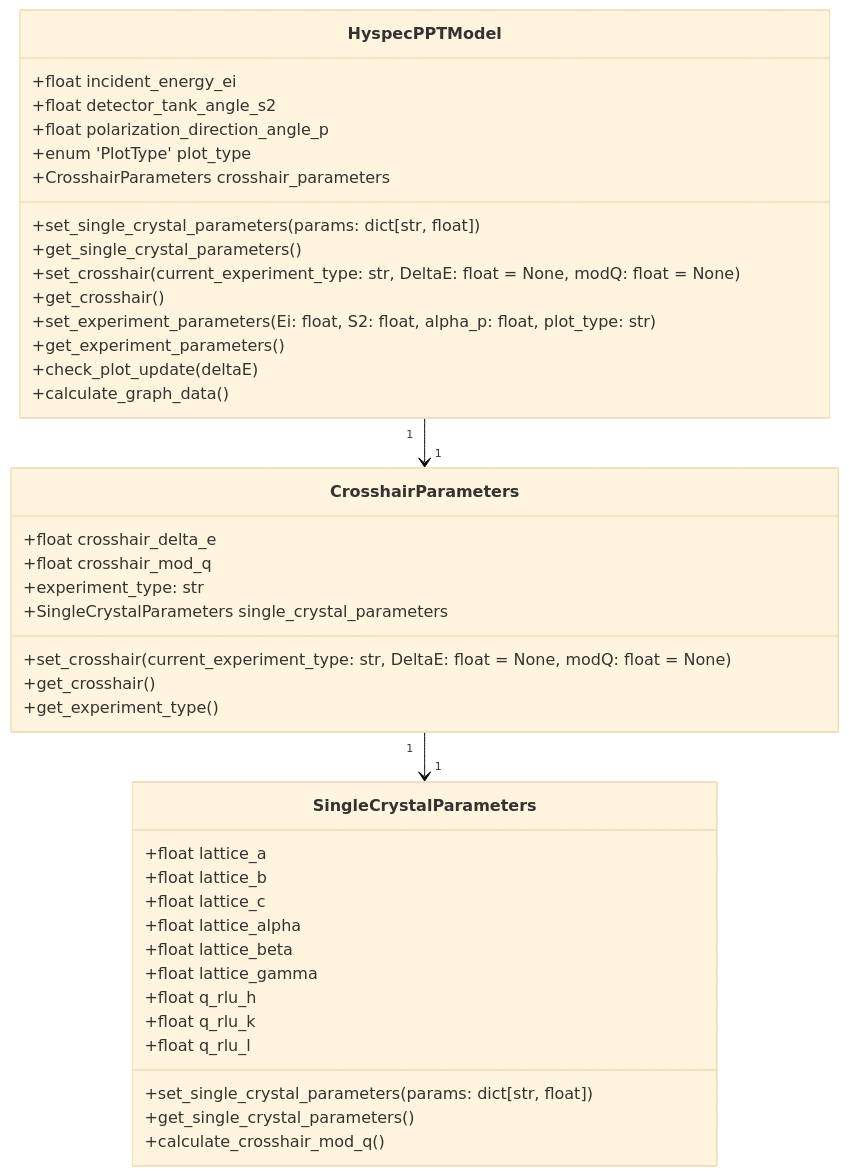
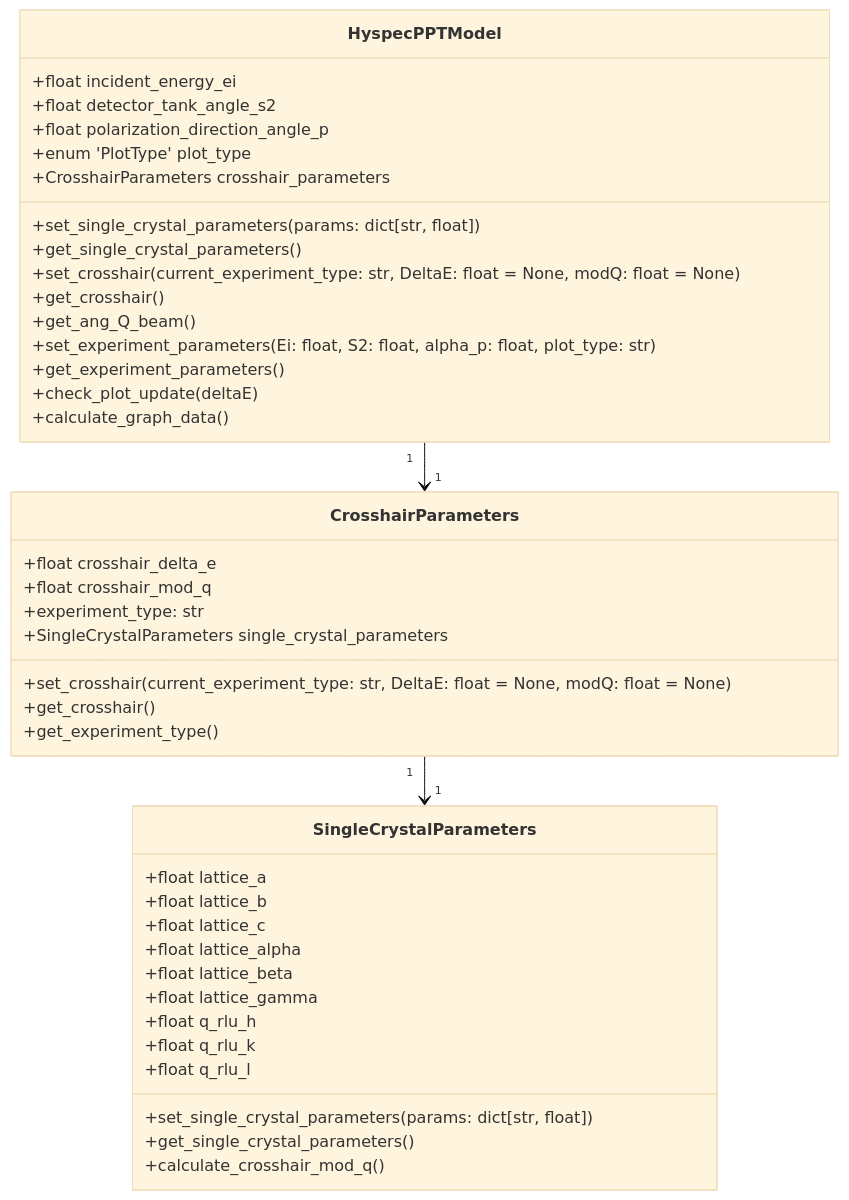
One commit to neutrons/hyspecppt changed the first of 14 diagrams in docs/source/design/hyspecpptclasses.rst. Above: the diagram before and after it, drawn with Mermaid (base theme). The commit also changed other lines of this file, not shown here.

Commit message:
Update documentation for classes and diagrams

```diff
--- a/docs/source/design/hyspecpptclasses.rst
+++ b/docs/source/design/hyspecpptclasses.rst
@@ -16,47 +16,48 @@
 .. mermaid::
 
  classDiagram
     HyspecPPTModel "1" -->"1" CrosshairParameters
     CrosshairParameters "1" -->"1" SingleCrystalParameters
 
     class HyspecPPTModel{
         +float incident_energy_ei
         +float detector_tank_angle_s2
         +float polarization_direction_angle_p
         +enum 'PlotType' plot_type
         +CrosshairParameters crosshair_parameters
         +set_single_crystal_parameters(params: dict[str, float])
         +get_single_crystal_parameters()
         +set_crosshair(current_experiment_type: str, DeltaE: float = None, modQ: float = None)
         +get_crosshair()
+        +get_ang_Q_beam()
         +set_experiment_parameters(Ei: float, S2: float, alpha_p: float, plot_type: str)
         +get_experiment_parameters()
         +check_plot_update(deltaE)
         +calculate_graph_data()
     }
 
 
     class CrosshairParameters{
         +float crosshair_delta_e
         +float crosshair_mod_q
         +experiment_type: str
         +SingleCrystalParameters single_crystal_parameters
         +set_crosshair(current_experiment_type: str, DeltaE: float = None, modQ: float = None)
         +get_crosshair()
         +get_experiment_type()
     }
 
     class SingleCrystalParameters{
         +float lattice_a
         +float lattice_b
         +float lattice_c
         +float lattice_alpha
         +float lattice_beta
         +float lattice_gamma
         +float q_rlu_h
         +float q_rlu_k
         +float q_rlu_l
         +set_single_crystal_parameters(params: dict[str, float])
         +get_single_crystal_parameters()
         +calculate_crosshair_mod_q()
     }
```
